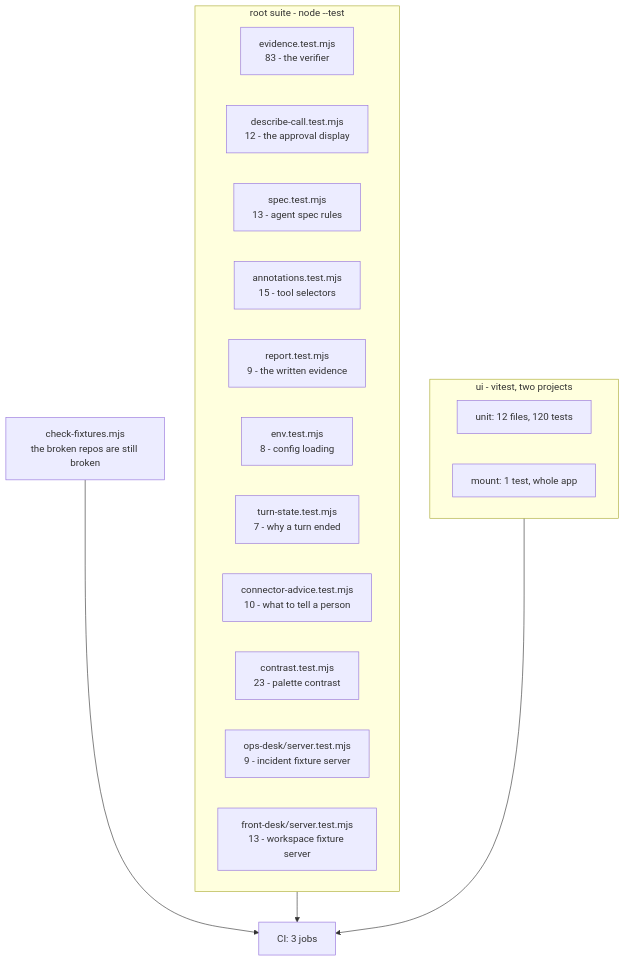
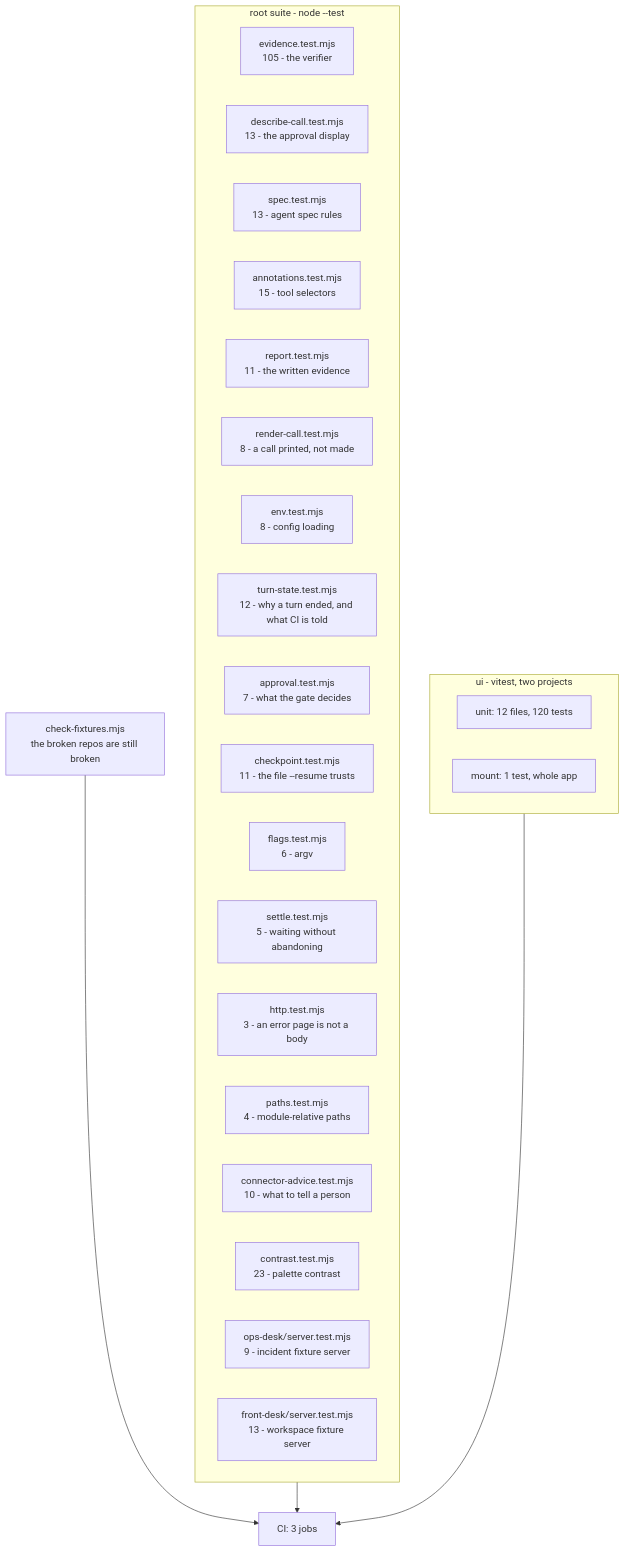
Before and after one commit to manumishra12/quartermaster: the diagram in TESTING.md, drawn with Mermaid. The commit also changed other lines of this file and 1 other file, not shown here.

Commit message:
Say how many tests there actually are
The root suite reports 276, not 233. Some of that is the eight new files
this branch adds and some of it was already stale - evidence.test.mjs had
been listed as 83 for a while, and render-call.test.mjs was not listed at
all. A count that is only roughly right is worse than none, because it stops
being checked.

The UI numbers are left as they were. Nothing on this branch touches the UI,
and its vitest install is not present here, so anything written for it would
be a guess. The 123-versus-120 disagreement between the summary line and the
diagram predates this and is still there to be resolved by whoever can run
that suite.

````diff
--- a/TESTING.md
+++ b/TESTING.md
@@ -30,27 +30,34 @@
 ```mermaid
 flowchart TD
   subgraph root["root suite - node --test"]
-    EV["evidence.test.mjs<br/>83 - the verifier"]
-    DC["describe-call.test.mjs<br/>12 - the approval display"]
+    EV["evidence.test.mjs<br/>105 - the verifier"]
+    DC["describe-call.test.mjs<br/>13 - the approval display"]
     SP["spec.test.mjs<br/>13 - agent spec rules"]
     AN["annotations.test.mjs<br/>15 - tool selectors"]
-    RP["report.test.mjs<br/>9 - the written evidence"]
+    RP["report.test.mjs<br/>11 - the written evidence"]
+    RC["render-call.test.mjs<br/>8 - a call printed, not made"]
     EN["env.test.mjs<br/>8 - config loading"]
-    TS["turn-state.test.mjs<br/>7 - why a turn ended"]
+    TS["turn-state.test.mjs<br/>12 - why a turn ended, and what CI is told"]
+    AP["approval.test.mjs<br/>7 - what the gate decides"]
+    CK["checkpoint.test.mjs<br/>11 - the file --resume trusts"]
+    FL["flags.test.mjs<br/>6 - argv"]
+    ST["settle.test.mjs<br/>5 - waiting without abandoning"]
+    HT["http.test.mjs<br/>3 - an error page is not a body"]
+    PA["paths.test.mjs<br/>4 - module-relative paths"]
     CA["connector-advice.test.mjs<br/>10 - what to tell a person"]
     CO["contrast.test.mjs<br/>23 - palette contrast"]
     OD["ops-desk/server.test.mjs<br/>9 - incident fixture server"]
     FD["front-desk/server.test.mjs<br/>13 - workspace fixture server"]
   end
 
   subgraph ui["ui - vitest, two projects"]
     U1["unit: 12 files, 120 tests"]
     U2["mount: 1 test, whole app"]
   end
 
   FX["check-fixtures.mjs<br/>the broken repos are still broken"]
 
   root --> CI["CI: 3 jobs"]
   ui --> CI
   FX --> CI
 ```
````
